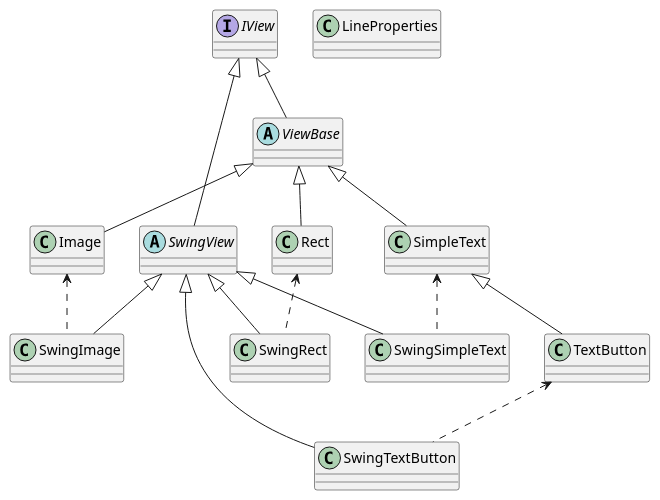
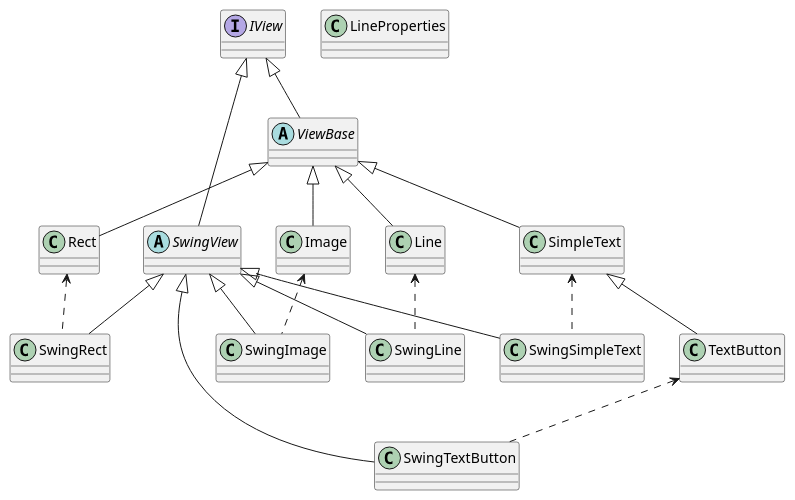
Before and after one commit to svenliese/view: the diagram in doc/classes.puml, drawn with PlantUML. The commit also changed 4 other files, not shown here.

Commit message:
add line view

```diff
--- a/doc/classes.puml
+++ b/doc/classes.puml
@@ -1,35 +1,40 @@
 @startuml
 
 interface IView
     abstract ViewBase
         class Rect
         class SimpleText
             class TextButton
         class Image
+        class Line
     abstract SwingView
         class SwingRect
         class SwingSimpleText
         class SwingTextButton
         class SwingImage
+        class SwingLine
 
 class LineProperties
 
 IView <|-- ViewBase
 ViewBase <|-- Rect
 ViewBase <|-- SimpleText
 ViewBase <|-- Image
+ViewBase <|-- Line
 
 SimpleText <|-- TextButton
 
 IView <|-- SwingView
 SwingView <|-- SwingRect
 SwingView <|-- SwingSimpleText
 SwingView <|-- SwingTextButton
 SwingView <|-- SwingImage
+SwingView <|-- SwingLine
 
 Rect <.. SwingRect
 SimpleText <.. SwingSimpleText
 TextButton <.. SwingTextButton
 Image <.. SwingImage
+Line <.. SwingLine
 
 @enduml
```
